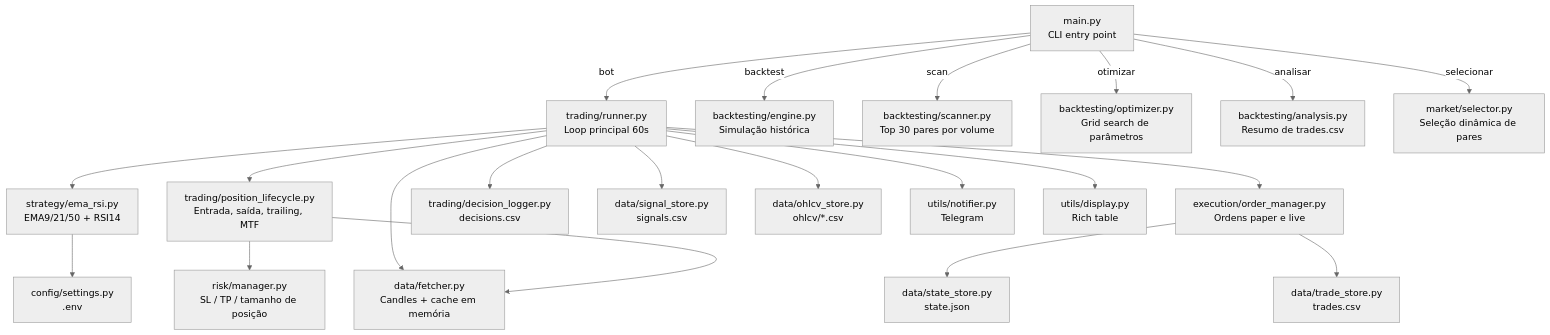
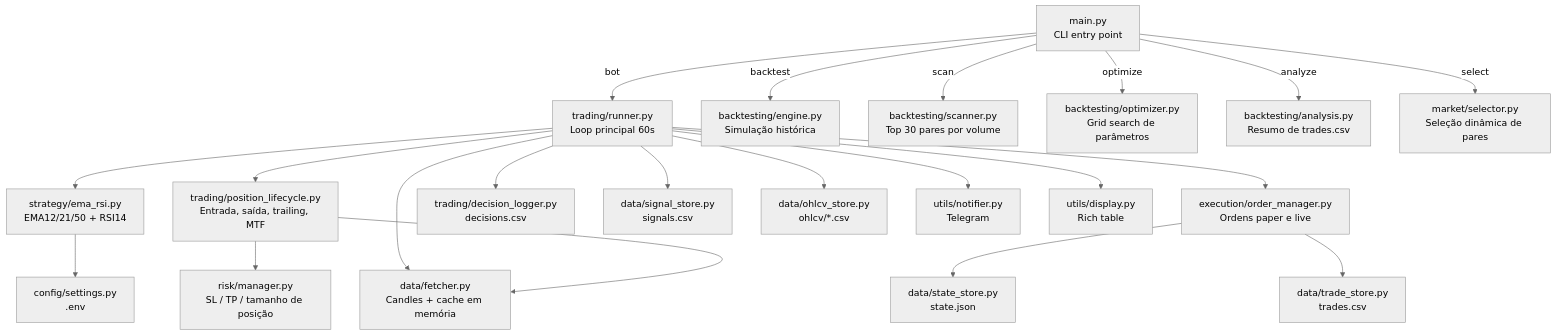
One commit to fisaarpelesjo/nautilus changed the first of 4 diagrams in README.md. Above: the diagram before and after it, drawn with Mermaid (neutral theme). The commit also changed other lines of this file and 2 other files, not shown here.

````diff
--- a/README.md
+++ b/README.md
@@ -29,30 +30,30 @@
 ```mermaid
 graph TD
     CLI["main.py\nCLI entry point"]
 
     CLI -->|bot| Runner["trading/runner.py\nLoop principal 60s"]
     CLI -->|backtest| Engine["backtesting/engine.py\nSimulação histórica"]
     CLI -->|scan| Scanner["backtesting/scanner.py\nTop 30 pares por volume"]
-    CLI -->|otimizar| Optimizer["backtesting/optimizer.py\nGrid search de parâmetros"]
-    CLI -->|analisar| Analysis["backtesting/analysis.py\nResumo de trades.csv"]
-    CLI -->|selecionar| Selector["market/selector.py\nSeleção dinâmica de pares"]
+    CLI -->|optimize| Optimizer["backtesting/optimizer.py\nGrid search de parâmetros"]
+    CLI -->|analyze| Analysis["backtesting/analysis.py\nResumo de trades.csv"]
+    CLI -->|select| Selector["market/selector.py\nSeleção dinâmica de pares"]
 
-    Runner --> Strategy["strategy/ema_rsi.py\nEMA9/21/50 + RSI14"]
+    Runner --> Strategy["strategy/ema_rsi.py\nEMA12/21/50 + RSI14"]
     Runner --> Lifecycle["trading/position_lifecycle.py\nEntrada, saída, trailing, MTF"]
     Runner --> OrderMgr["execution/order_manager.py\nOrdens paper e live"]
     Runner --> Fetcher["data/fetcher.py\nCandles + cache em memória"]
 
     Lifecycle --> RiskMgr["risk/manager.py\nSL / TP / tamanho de posição"]
     Lifecycle --> Fetcher
 
     OrderMgr --> StateStore["data/state_store.py\nstate.json"]
     OrderMgr --> TradeStore["data/trade_store.py\ntrades.csv"]
 
     Runner --> DecLog["trading/decision_logger.py\ndecisions.csv"]
     Runner --> SigStore["data/signal_store.py\nsignals.csv"]
     Runner --> OHLCVStore["data/ohlcv_store.py\nohlcv/*.csv"]
 
     Strategy --> Settings["config/settings.py\n.env"]
     Runner --> Notifier["utils/notifier.py\nTelegram"]
     Runner --> Display["utils/display.py\nRich table"]
 ```
````
